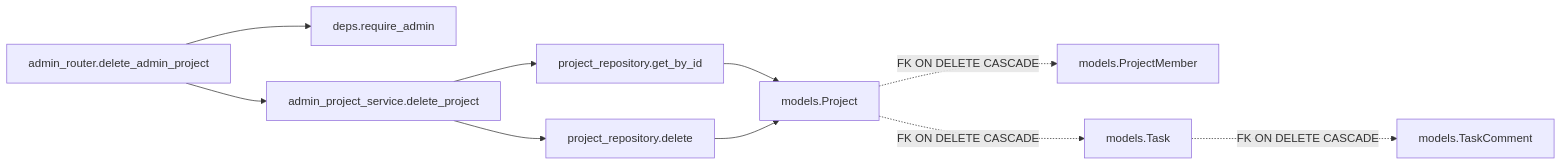
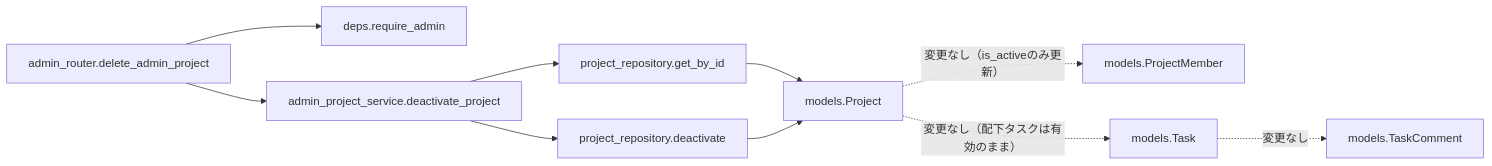
One commit to oikawa-d/task_management changed the third of 4 diagrams in detailed_design/api/admin/06_delete_admin_project.md. Above: the diagram before and after it, drawn with Mermaid. The commit also changed other lines of this file and 25 other files, not shown here.

````diff
--- a/detailed_design/api/admin/06_delete_admin_project.md
+++ b/detailed_design/api/admin/06_delete_admin_project.md
@@ -169,12 +170,12 @@
 ```mermaid
 flowchart LR
     R["admin_router.delete_admin_project"] --> D["deps.require_admin"]
-    R --> S["admin_project_service.delete_project"]
+    R --> S["admin_project_service.deactivate_project"]
     S --> RP1["project_repository.get_by_id"]
-    S --> RP2["project_repository.delete"]
+    S --> RP2["project_repository.deactivate"]
     RP1 --> M1["models.Project"]
     RP2 --> M1
-    M1 -.->|"FK ON DELETE CASCADE"| M2["models.ProjectMember"]
-    M1 -.->|"FK ON DELETE CASCADE"| M3["models.Task"]
-    M3 -.->|"FK ON DELETE CASCADE"| M4["models.TaskComment"]
+    M1 -.->|"変更なし（is_activeのみ更新）"| M2["models.ProjectMember"]
+    M1 -.->|"変更なし（配下タスクは有効のまま）"| M3["models.Task"]
+    M3 -.->|"変更なし"| M4["models.TaskComment"]
 ```
````
